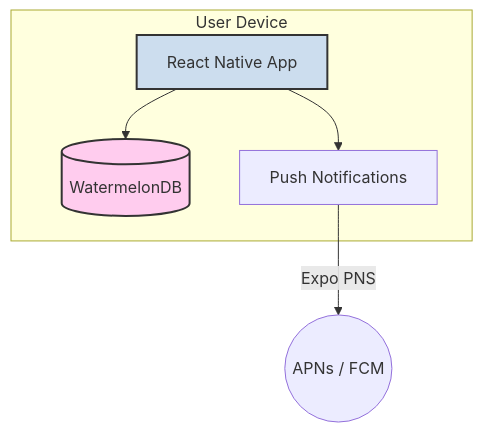
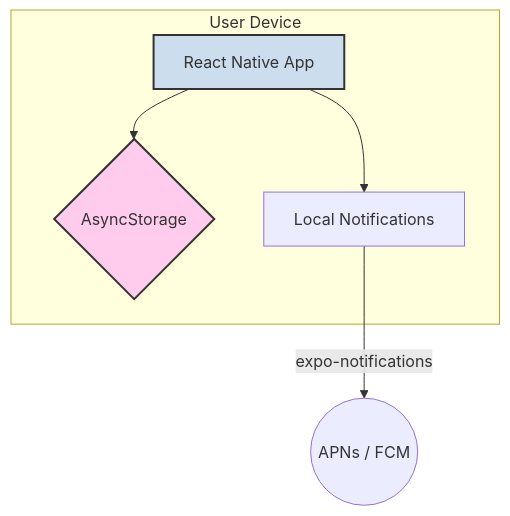
Before and after one commit to funyamora/Kyukanbi: the diagram in doc/技術スタック設計書.md, drawn with Mermaid. The commit also changed other lines of this file and 6 other files, not shown here.

````diff
--- a/doc/技術スタック設計書.md
+++ b/doc/技術スタック設計書.md
@@ -15,13 +15,12 @@
 ```mermaid
 graph TD
     subgraph User Device
-        A[React Native App] --> B{Local Database}
-        A --> C[Push Notifications]
+        A[React Native App] --> B{AsyncStorage}
+        A --> C[Local Notifications]
     end
 
-    B[(WatermelonDB)]
-    C -- Expo PNS --> D((APNs / FCM))
+    C -- expo-notifications --> D((APNs / FCM))
 
     style A fill:#cde,stroke:#333,stroke-width:2px
     style B fill:#fce,stroke:#333,stroke-width:2px
 ```
````
